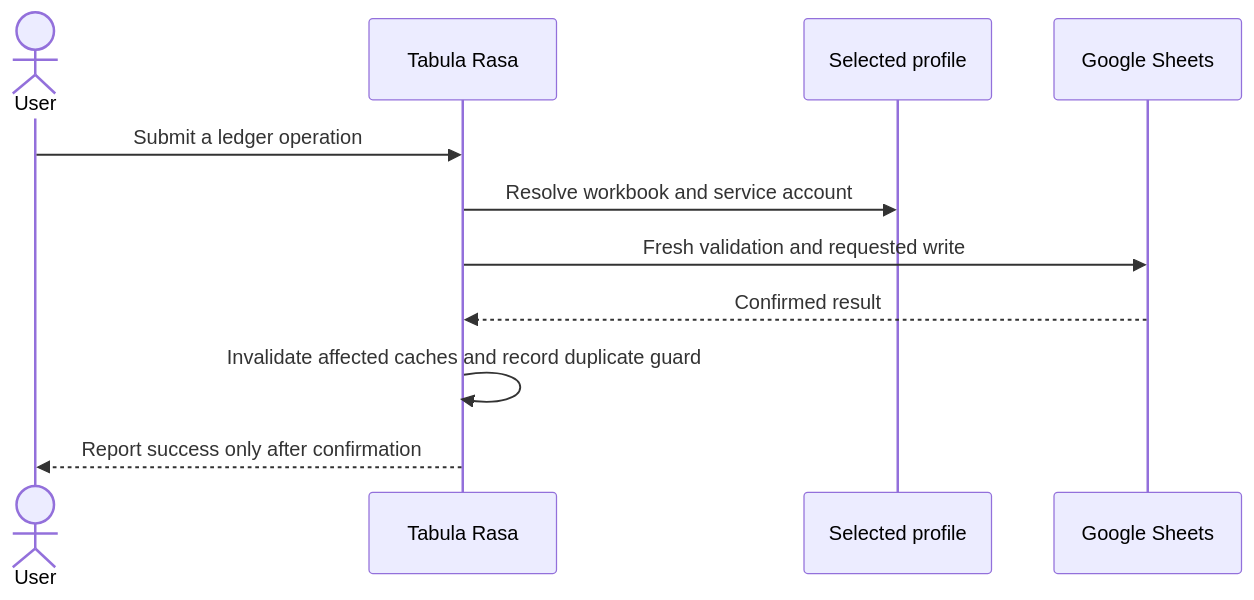
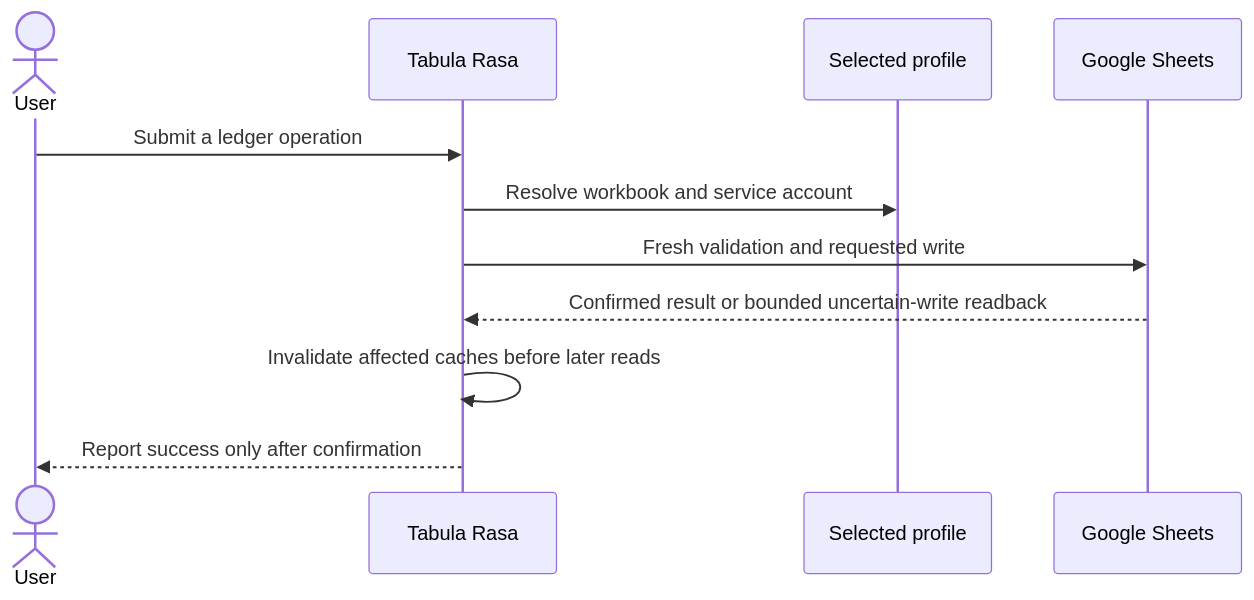
Before and after one commit to Roklion/Project_Tabula_Rasa: the second of 3 diagrams in docs/ARCHITECTURE.md, drawn with Mermaid. The commit also changed other lines of this file and 1 other file, not shown here.

First line of the commit message:
Clarify bounded write confirmation

````diff
--- a/docs/ARCHITECTURE.md
+++ b/docs/ARCHITECTURE.md
@@ -120,14 +120,14 @@
 ```mermaid
 sequenceDiagram
     actor User
     participant App as Tabula Rasa
     participant Profile as Selected profile
     participant Sheets as Google Sheets
 
     User->>App: Submit a ledger operation
     App->>Profile: Resolve workbook and service account
     App->>Sheets: Fresh validation and requested write
-    Sheets-->>App: Confirmed result
-    App->>App: Invalidate affected caches and record duplicate guard
+    Sheets-->>App: Confirmed result or bounded uncertain-write readback
+    App->>App: Invalidate affected caches before later reads
     App-->>User: Report success only after confirmation
 ```
````
